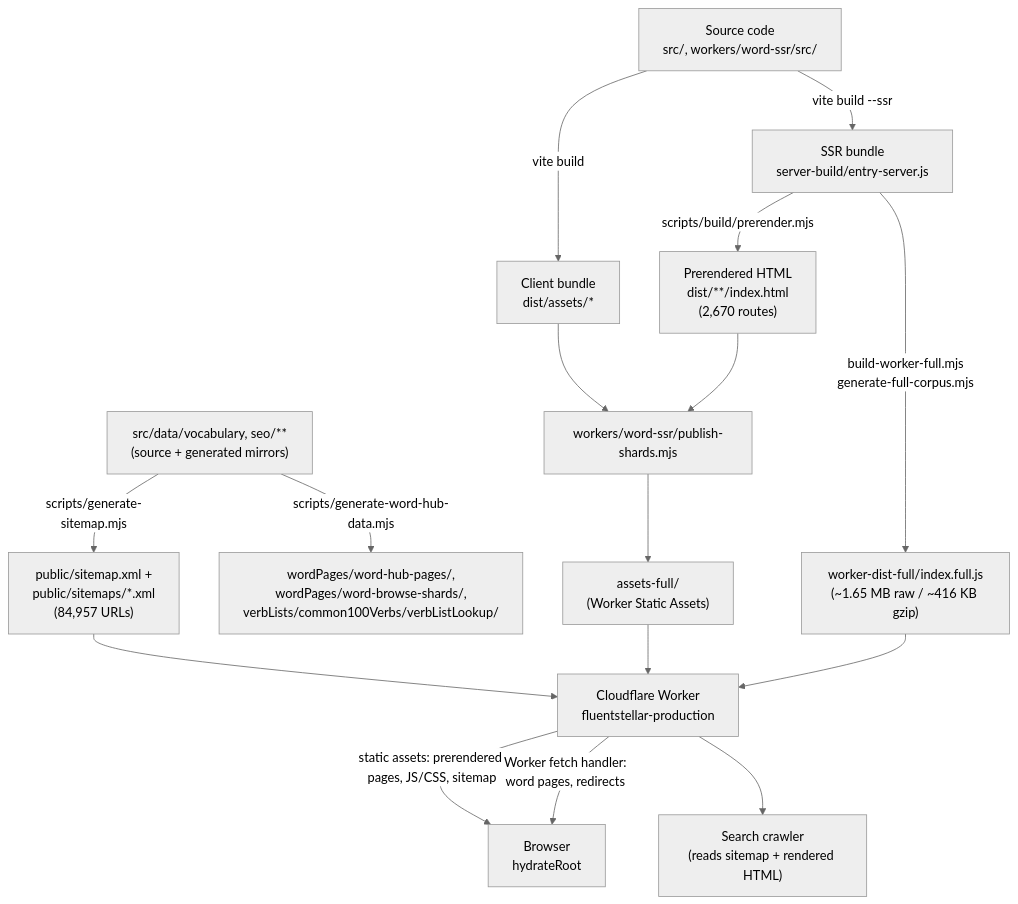
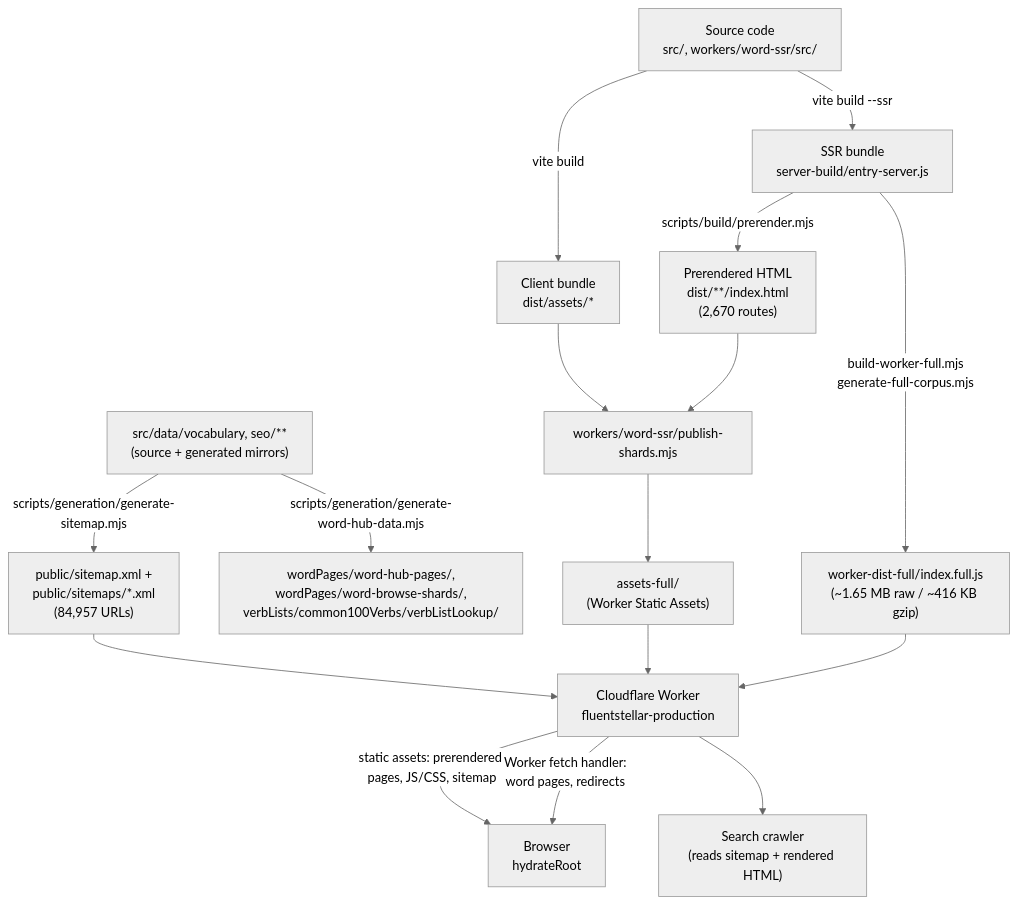
One commit to BondoDev/vocab_new changed the diagram in docs/architecture.md. Above: the diagram before and after it, drawn with Mermaid (neutral theme). The commit also changed other lines of this file and 20 other files, not shown here.

Commit message:
Organize generation scripts and benchmark entry

````diff
--- a/docs/architecture.md
+++ b/docs/architecture.md
@@ -65,18 +65,18 @@
 ```mermaid
 flowchart TD
     Source["Source code\nsrc/, workers/word-ssr/src/"] -->|vite build| ClientBundle["Client bundle\ndist/assets/*"]
     Source -->|vite build --ssr| SSRBundle["SSR bundle\nserver-build/entry-server.js"]
     SSRBundle -->|scripts/build/prerender.mjs| Prerendered["Prerendered HTML\ndist/**/index.html\n(2,670 routes)"]
-    VocabData["src/data/vocabulary, seo/**\n(source + generated mirrors)"] -->|scripts/generate-sitemap.mjs| Sitemap["public/sitemap.xml +\npublic/sitemaps/*.xml\n(84,957 URLs)"]
-    VocabData -->|scripts/generate-word-hub-data.mjs| HubData["wordPages/word-hub-pages/,\nwordPages/word-browse-shards/,\nverbLists/common100Verbs/verbListLookup/"]
+    VocabData["src/data/vocabulary, seo/**\n(source + generated mirrors)"] -->|scripts/generation/generate-sitemap.mjs| Sitemap["public/sitemap.xml +\npublic/sitemaps/*.xml\n(84,957 URLs)"]
+    VocabData -->|scripts/generation/generate-word-hub-data.mjs| HubData["wordPages/word-hub-pages/,\nwordPages/word-browse-shards/,\nverbLists/common100Verbs/verbListLookup/"]
     ClientBundle --> Publish["workers/word-ssr/publish-shards.mjs"]
     Prerendered --> Publish
     SSRBundle -->|build-worker-full.mjs\ngenerate-full-corpus.mjs| WorkerBundle["worker-dist-full/index.full.js\n(~1.65 MB raw / ~416 KB gzip)"]
     Publish --> AssetsFull["assets-full/\n(Worker Static Assets)"]
     WorkerBundle --> CFWorker
     AssetsFull --> CFWorker["Cloudflare Worker\nfluentstellar-production"]
     Sitemap --> CFWorker
     CFWorker -->|static assets: prerendered pages, JS/CSS, sitemap| Browser["Browser\nhydrateRoot"]
     CFWorker -->|Worker fetch handler:\nword pages, redirects| Browser
     CFWorker --> Crawler["Search crawler\n(reads sitemap + rendered HTML)"]
 ```
````
